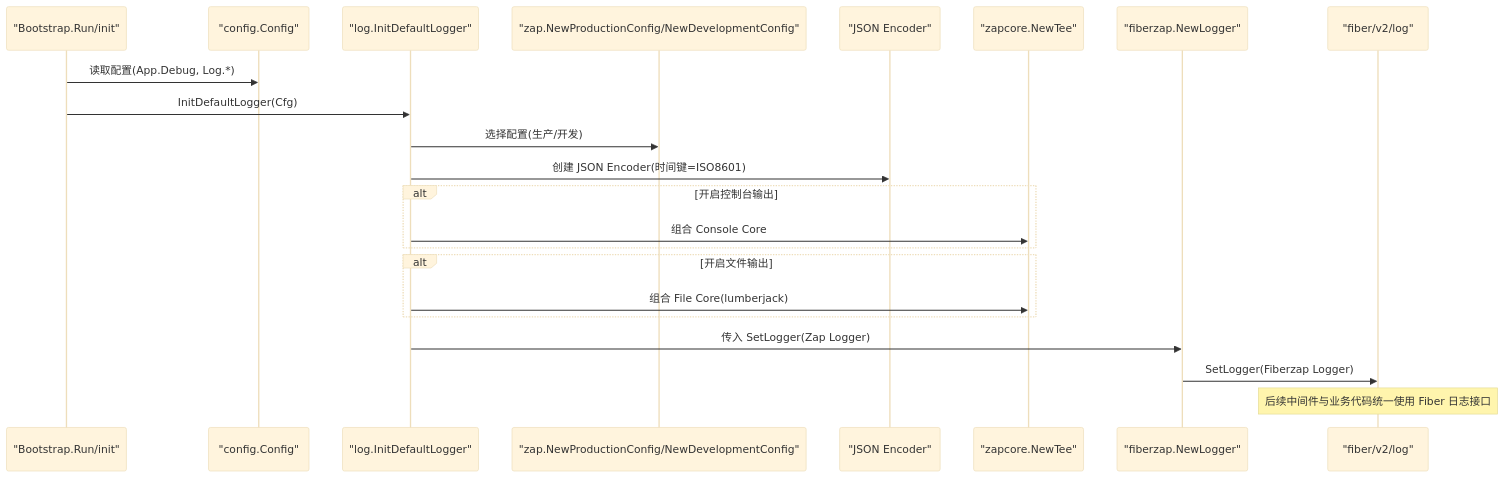
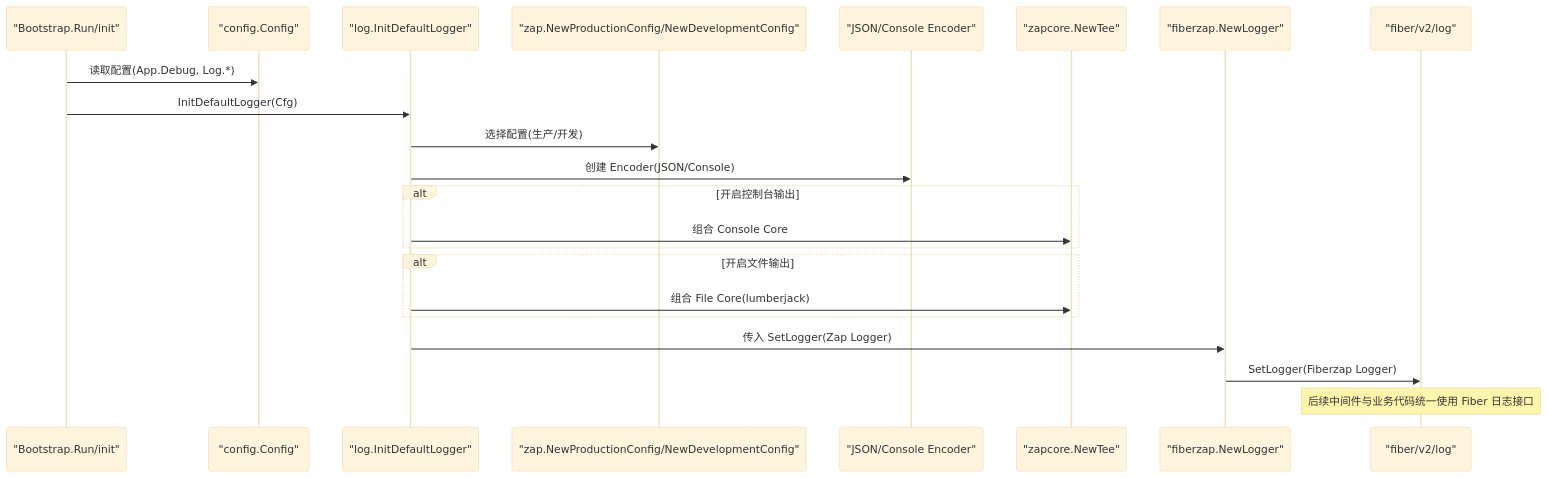
The second of 4 diagrams in .qoder/repowiki/zh/content/日志系统.md (wuwuseo/cmf), drawn with Mermaid (base theme) before and after one commit. The commit also changed other lines of this file and 5 other files, not shown here.

````diff
--- a/.qoder/repowiki/zh/content/日志系统.md
+++ b/.qoder/repowiki/zh/content/日志系统.md
@@ -75,24 +105,24 @@
 ```mermaid
 sequenceDiagram
 participant Boot as "Bootstrap.Run/init"
 participant Cfg as "config.Config"
 participant Log as "log.InitDefaultLogger"
 participant ZCfg as "zap.NewProductionConfig/NewDevelopmentConfig"
-participant Enc as "JSON Encoder"
+participant Enc as "JSON/Console Encoder"
 participant Tee as "zapcore.NewTee"
 participant FZ as "fiberzap.NewLogger"
 participant FLog as "fiber/v2/log"
 Boot->>Cfg : 读取配置(App.Debug, Log.*)
 Boot->>Log : InitDefaultLogger(Cfg)
 Log->>ZCfg : 选择配置(生产/开发)
-Log->>Enc : 创建 JSON Encoder(时间键=ISO8601)
+Log->>Enc : 创建 Encoder(JSON/Console)
 alt 开启控制台输出
 Log->>Tee : 组合 Console Core
 end
 alt 开启文件输出
 Log->>Tee : 组合 File Core(lumberjack)
 end
 Log->>FZ : 传入 SetLogger(Zap Logger)
 FZ->>FLog : SetLogger(Fiberzap Logger)
 Note over FLog : 后续中间件与业务代码统一使用 Fiber 日志接口
 ```
````
